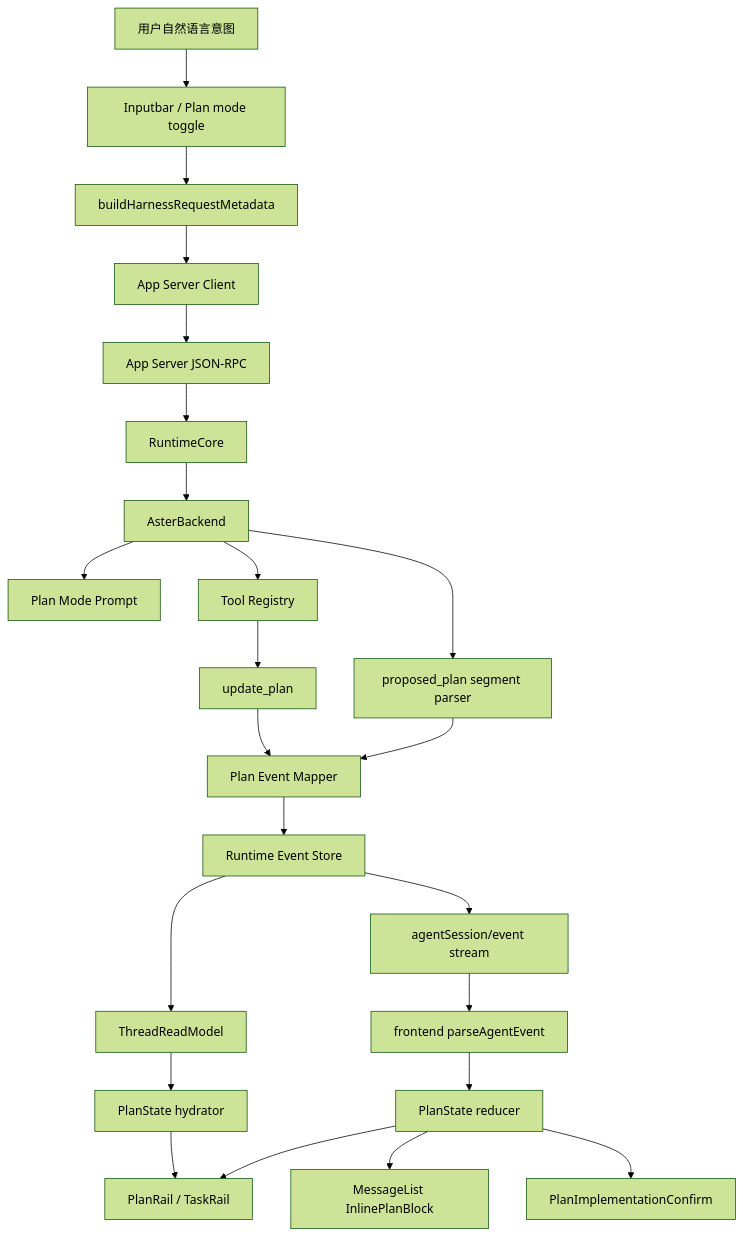
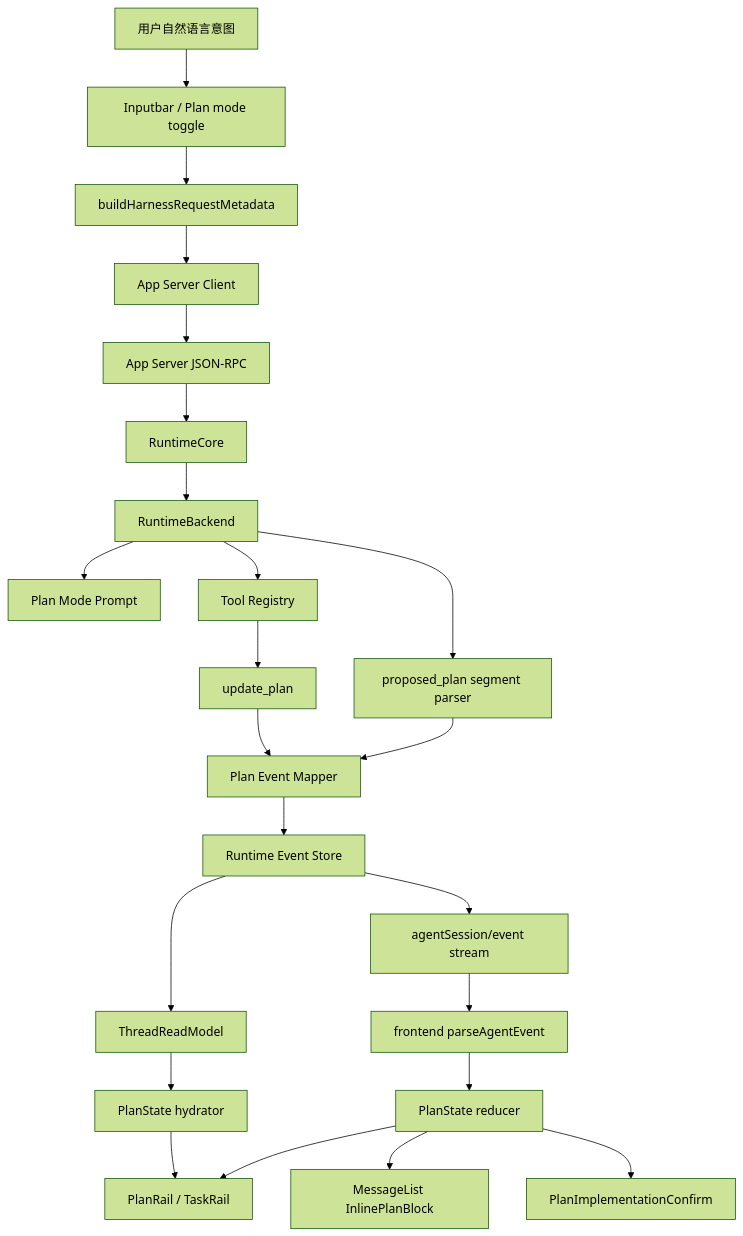
One commit to jiujuan/lime changed the second of 8 diagrams in internal/roadmap/plan/prd.md. Above: the diagram before and after it, drawn with Mermaid (forest theme). The commit also changed other lines of this file and 975 other files, not shown here.

````diff
--- a/internal/roadmap/plan/prd.md
+++ b/internal/roadmap/plan/prd.md
@@ -431,27 +431,27 @@
 ```mermaid
 flowchart TB
   User[用户自然语言意图] --> Inputbar[Inputbar / Plan mode toggle]
   Inputbar --> RequestBuilder[buildHarnessRequestMetadata]
   RequestBuilder --> AppServerClient[App Server Client]
   AppServerClient --> AppServer[App Server JSON-RPC]
   AppServer --> RuntimeCore[RuntimeCore]
-  RuntimeCore --> AsterBackend[AsterBackend]
-  AsterBackend --> PromptManager[Plan Mode Prompt]
-  AsterBackend --> ToolRegistry[Tool Registry]
+  RuntimeCore --> RuntimeBackend[RuntimeBackend]
+  RuntimeBackend --> PromptManager[Plan Mode Prompt]
+  RuntimeBackend --> ToolRegistry[Tool Registry]
   ToolRegistry --> UpdatePlanTool[update_plan]
-  AsterBackend --> StreamParser[proposed_plan segment parser]
+  RuntimeBackend --> StreamParser[proposed_plan segment parser]
 
   UpdatePlanTool --> PlanEventMapper[Plan Event Mapper]
   StreamParser --> PlanEventMapper
   PlanEventMapper --> EventStore[Runtime Event Store]
   EventStore --> ThreadRead[ThreadReadModel]
   EventStore --> Stream[agentSession/event stream]
 
   Stream --> AgentProtocol[frontend parseAgentEvent]
   AgentProtocol --> PlanReducer[PlanState reducer]
   ThreadRead --> PlanHydrator[PlanState hydrator]
   PlanReducer --> PlanRail[PlanRail / TaskRail]
   PlanHydrator --> PlanRail
   PlanReducer --> InlinePlanBlock[MessageList InlinePlanBlock]
   PlanReducer --> Confirm[PlanImplementationConfirm]
 ```
````
